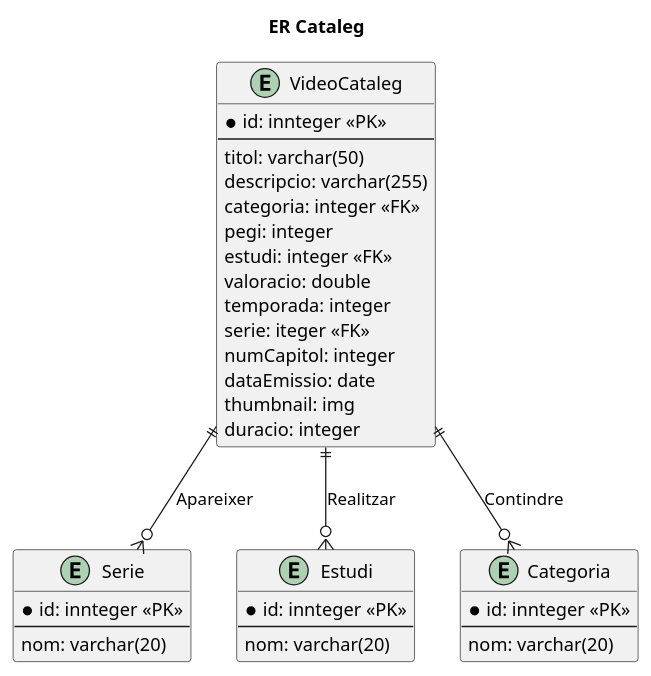
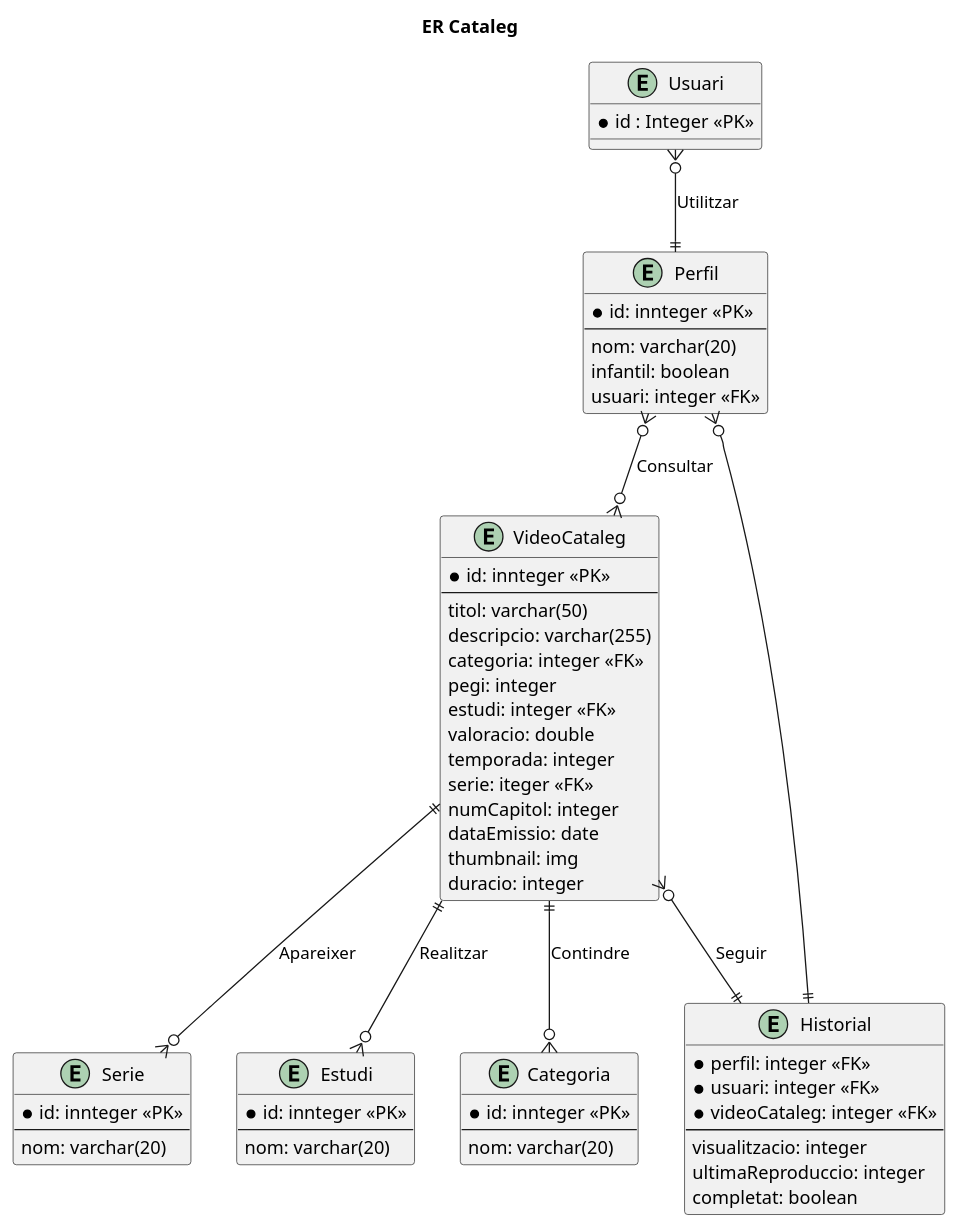
The diagram in doc/ER/ER-Cataleg.md (Toxolo/ProyecteIntermodular), drawn with PlantUML before and after one commit.

Commit message:
modificacio cataleg

````diff
--- a/doc/ER/ER-Cataleg.md
+++ b/doc/ER/ER-Cataleg.md
@@ -3,46 +3,72 @@
 ```plantuml
 @startuml
 
 title ER Cataleg
 
 entity VideoCataleg {
     *id: innteger <<PK>>
     ---
     titol: varchar(50)
     descripcio: varchar(255)
     categoria: integer <<FK>>
     pegi: integer
     estudi: integer <<FK>>
     valoracio: double
     temporada: integer
     serie: iteger <<FK>>
     numCapitol: integer
     dataEmissio: date
     thumbnail: img
     duracio: integer
 }
 
 entity Serie{
     *id: innteger <<PK>>
     ---
     nom: varchar(20)    
 }
 entity Estudi{
     *id: innteger <<PK>>
     ---
     nom: varchar(20)    
 }
 
 entity Categoria{
     *id: innteger <<PK>>
     ---
     nom: varchar(20)
 }
 
+entity Historial {
+    *perfil: integer <<FK>>
+    *usuari: integer <<FK>>
+    *videoCataleg: integer <<FK>>
+    ---
+    visualitzacio: integer
+    ultimaReproduccio: integer
+    completat: boolean
+}
+entity Usuari {
+    *id : Integer <<PK>>
+}
+
+entity Perfil {
+    *id: innteger <<PK>>
+    ---
+    nom: varchar(20)
+    infantil: boolean
+    usuari: integer <<FK>>
+}
 
 VideoCataleg ||--o{ Serie: Apareixer
 VideoCataleg ||--o{ Categoria : Contindre
 VideoCataleg ||--o{ Estudi : Realitzar
+VideoCataleg }o--|| Historial: Seguir
+
+Usuari }o--|| Perfil : Utilitzar
+Perfil }o--o{ VideoCataleg : Consultar
+
+Perfil }o--|| Historial
 
 @enduml
 ```
````
